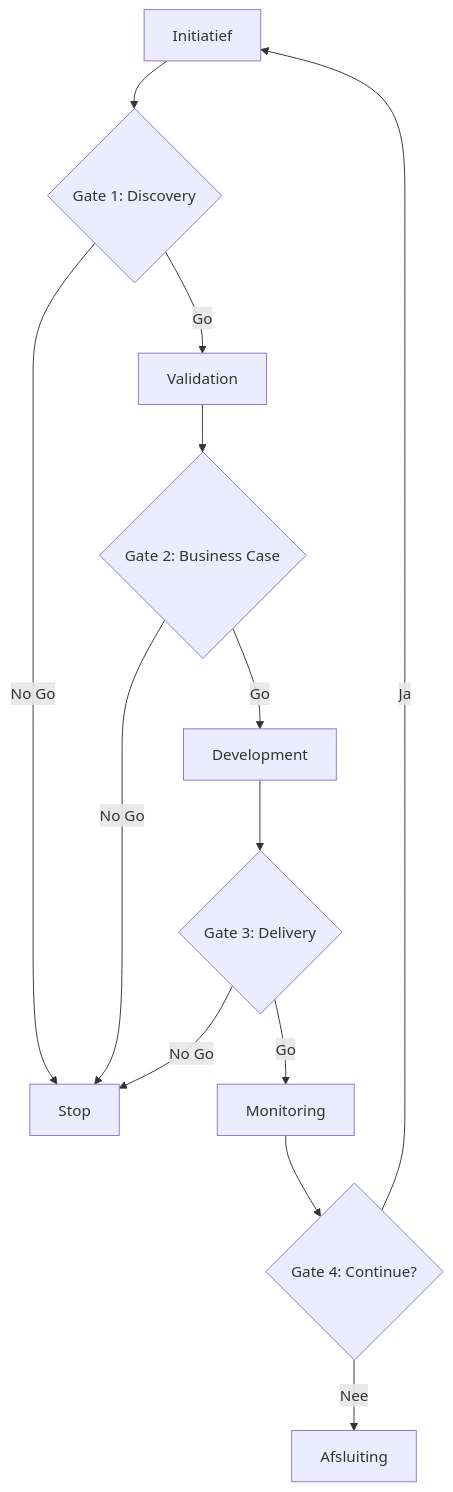
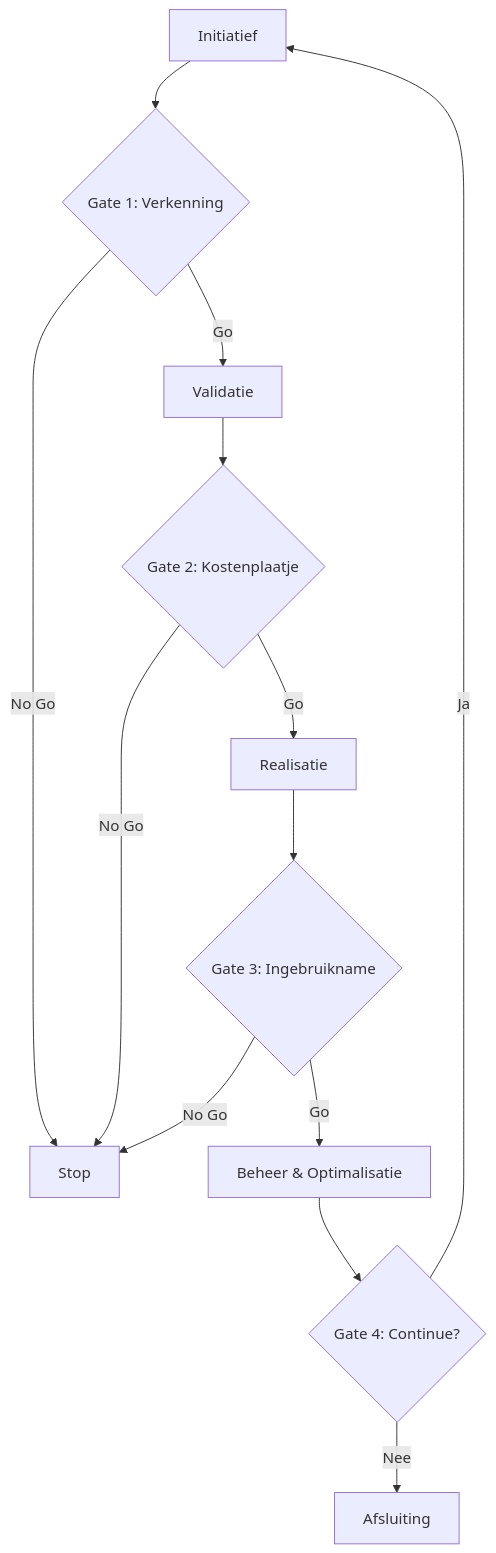
One commit to vannifr/ai-project-blueprint changed the diagram in docs/00-strategisch-kader/03-governance-model.md. Above: the diagram before and after it, drawn with Mermaid. The commit also changed other lines of this file and 35 other files, not shown here.

````diff
--- a/docs/00-strategisch-kader/03-governance-model.md
+++ b/docs/00-strategisch-kader/03-governance-model.md
@@ -28,15 +34,15 @@
 ```mermaid
 flowchart TD
-    A[Initiatief] --> B{Gate 1: Discovery}
-    B -->|Go| C[Validation]
+    A[Initiatief] --> B{Gate 1: Verkenning}
+    B -->|Go| C[Validatie]
     B -->|No Go| X[Stop]
-    C --> D{Gate 2: Business Case}
-    D -->|Go| E[Development]
+    C --> D{Gate 2: Kostenplaatje}
+    D -->|Go| E[Realisatie]
     D -->|No Go| X
-    E --> F{Gate 3: Delivery}
-    F -->|Go| G[Monitoring]
+    E --> F{Gate 3: Ingebruikname}
+    F -->|Go| G[Beheer & Optimalisatie]
     F -->|No Go| X
     G --> H{Gate 4: Continue?}
     H -->|Ja| A
     H -->|Nee| I[Afsluiting]
 ```
````
